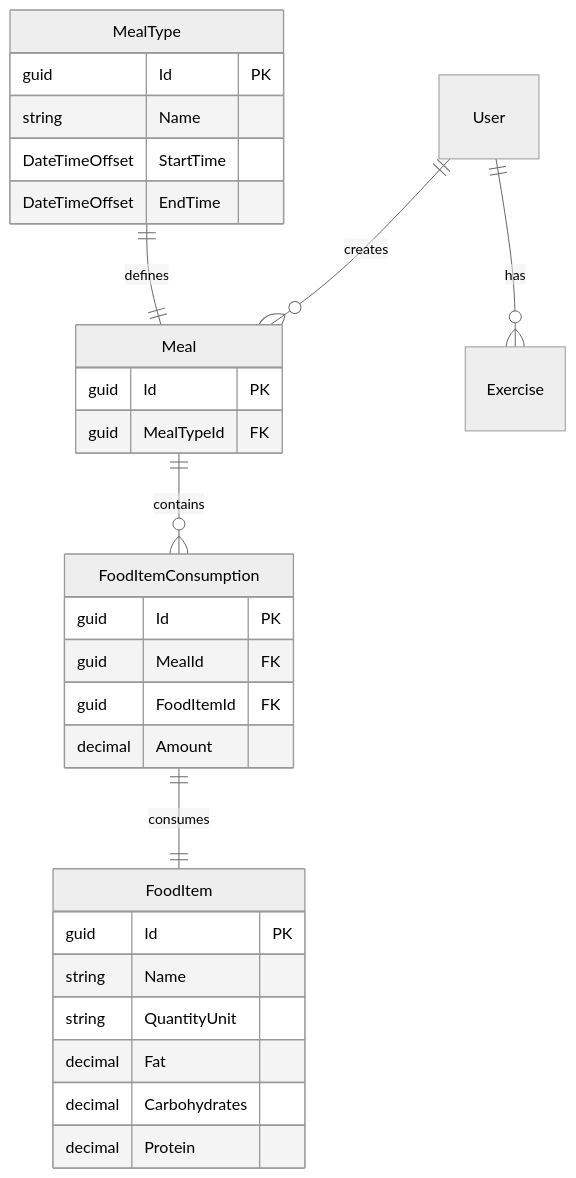
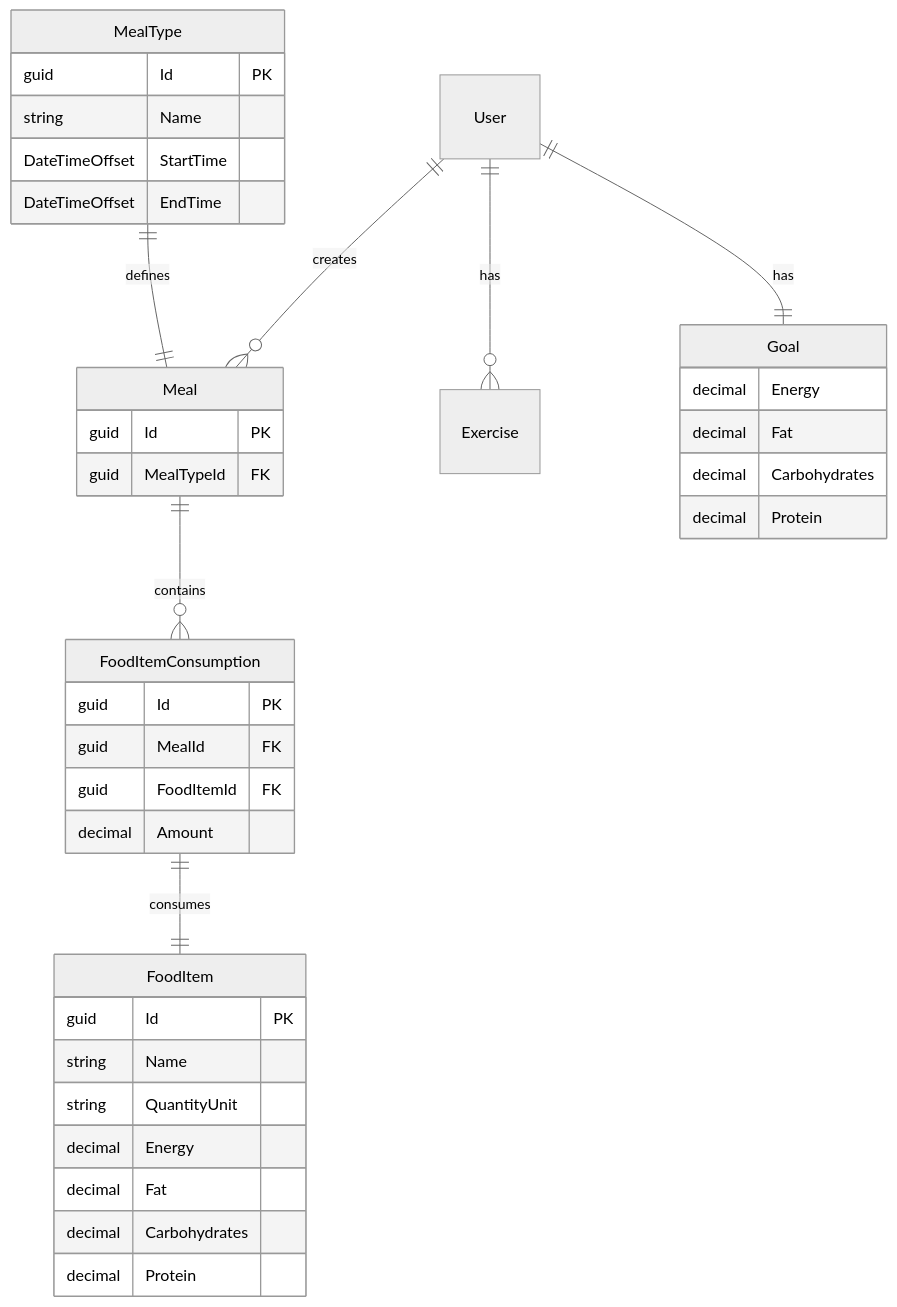
The diagram in MyFoodLog.API/docs/erd/erd.md (BasJ93/MyFoodLog), drawn with Mermaid (neutral theme) before and after one commit. The commit also changed 61 other files, not shown here.

Commit message:
[#9] Allow the user to set goal values - Add UI to set goal values - Add migration to store goal values - Update to dotnet 8 - Switch to central package and property management - Update endpoints to return better responses - Update Grocy API client

````diff
--- a/MyFoodLog.API/docs/erd/erd.md
+++ b/MyFoodLog.API/docs/erd/erd.md
@@ -3,39 +3,48 @@
 ```mermaid
 erDiagram
     User ||--o{ Meal : creates
     MealType ||--|| Meal : defines
     Meal ||--o{ FoodItemConsumption : contains
     FoodItemConsumption ||--|| FoodItem : consumes
     User ||--o{ Exercise : has
+    User ||--|| Goal : has
 
 
 
 
     MealType {
         guid Id PK
         string Name
         DateTimeOffset StartTime
         DateTimeOffset EndTime
     }
 
     Meal {
         guid Id PK
         guid MealTypeId FK
     }
 
     FoodItemConsumption {
         guid Id PK
         guid MealId FK
         guid FoodItemId FK
         decimal Amount
     }
 
     FoodItem {
         guid Id PK
         string Name
         string QuantityUnit
+        decimal Energy
+        decimal Fat
+        decimal Carbohydrates
+        decimal Protein
+    }
+    
+    Goal {
+        decimal Energy
         decimal Fat
         decimal Carbohydrates
         decimal Protein
     }
 ```
````
